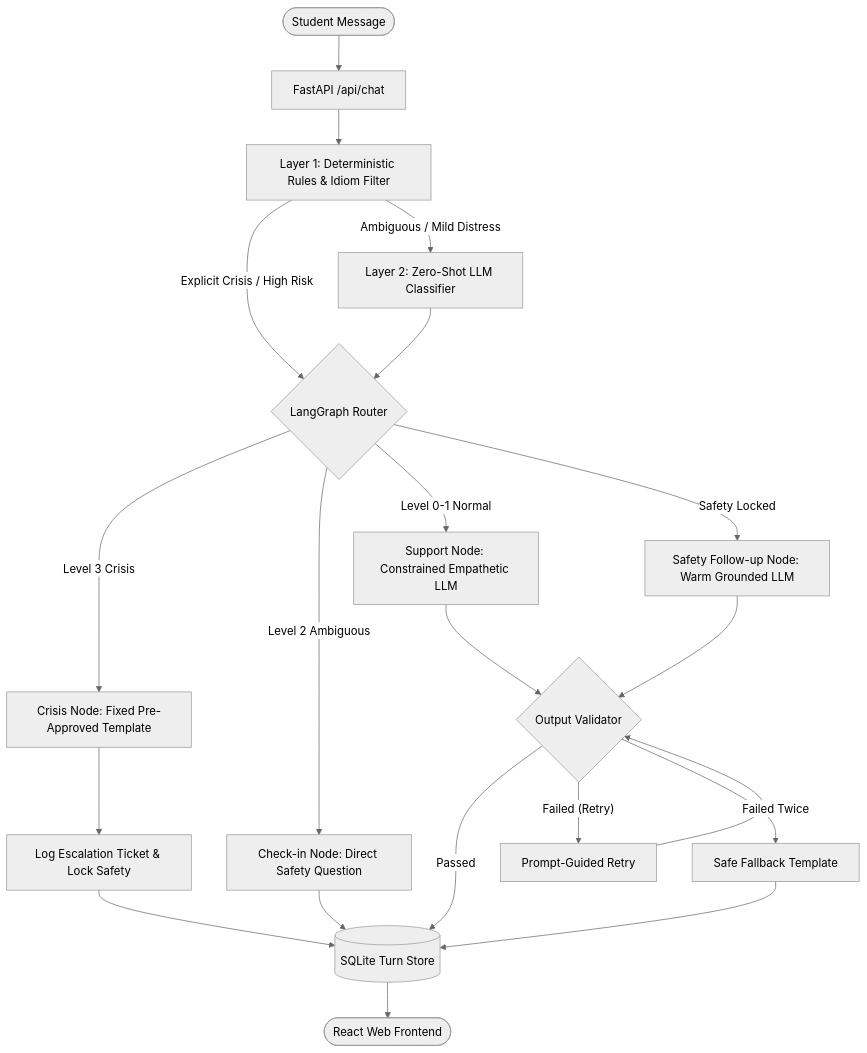
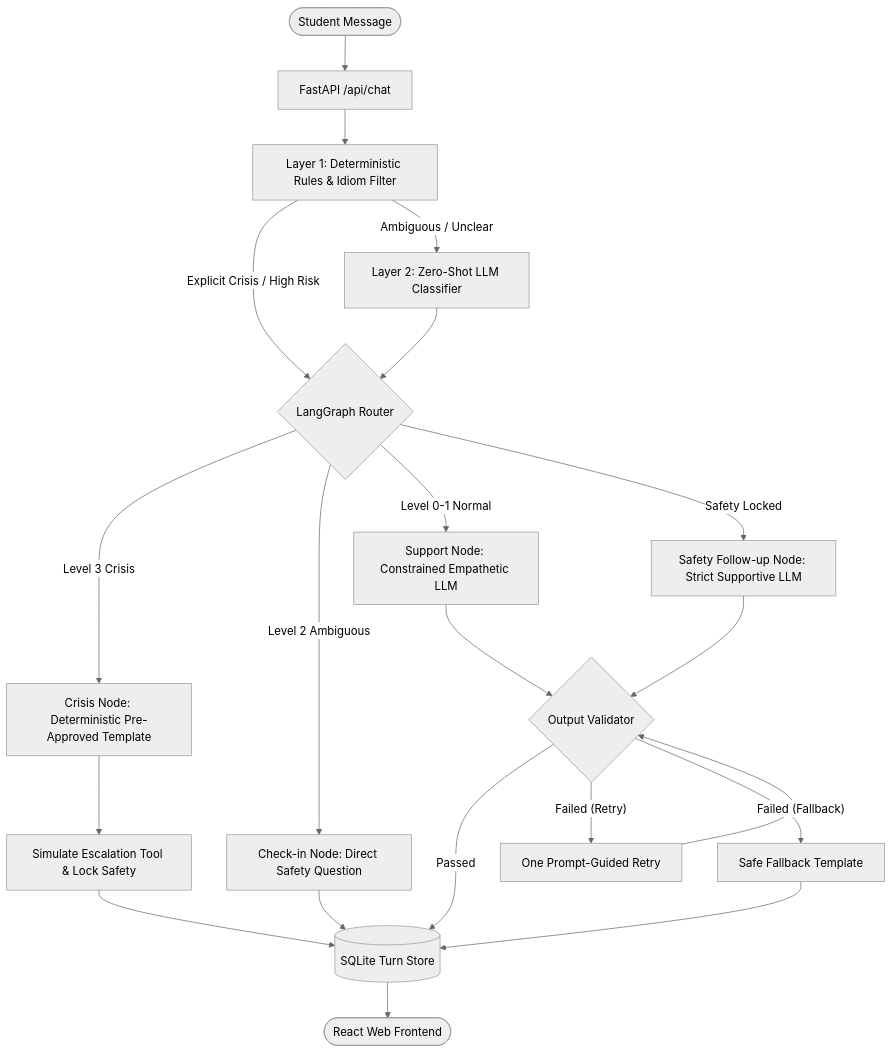
One commit to suresh4330/MannSahara changed the diagram in README.md. Above: the diagram before and after it, drawn with Mermaid (neutral theme). The commit also changed other lines of this file, not shown here.

````diff
--- a/README.md
+++ b/README.md
@@ -59,28 +115,28 @@
 ```mermaid
 flowchart TD
     User([Student Message]) --> Ingest[FastAPI /api/chat]
     Ingest --> L1[Layer 1: Deterministic Rules & Idiom Filter]
     
     L1 -- Explicit Crisis / High Risk --> Router{LangGraph Router}
-    L1 -- Ambiguous / Mild Distress --> L2[Layer 2: Zero-Shot LLM Classifier]
+    L1 -- Ambiguous / Unclear --> L2[Layer 2: Zero-Shot LLM Classifier]
     L2 --> Router
     
-    Router -- Level 3 Crisis --> CrisisNode[Crisis Node: Fixed Pre-Approved Template]
+    Router -- Level 3 Crisis --> CrisisNode[Crisis Node: Deterministic Pre-Approved Template]
     Router -- Level 2 Ambiguous --> CheckinNode[Check-in Node: Direct Safety Question]
     Router -- Level 0-1 Normal --> SupportNode[Support Node: Constrained Empathetic LLM]
-    Router -- Safety Locked --> LockedNode[Safety Follow-up Node: Warm Grounded LLM]
+    Router -- Safety Locked --> LockedNode[Safety Follow-up Node: Strict Supportive LLM]
     
     SupportNode --> Validator{Output Validator}
     LockedNode --> Validator
     
     Validator -- Passed --> DB[(SQLite Turn Store)]
-    Validator -- Failed (Retry) --> Retry[Prompt-Guided Retry]
+    Validator -- Failed (Retry) --> Retry[One Prompt-Guided Retry]
     Retry --> Validator
-    Validator -- Failed Twice --> Fallback[Safe Fallback Template]
+    Validator -- Failed (Fallback) --> Fallback[Safe Fallback Template]
     
-    CrisisNode --> Escalate[Log Escalation Ticket & Lock Safety] --> DB
+    CrisisNode --> Escalate[Simulate Escalation Tool & Lock Safety] --> DB
     CheckinNode --> DB
     Fallback --> DB
     
     DB --> UI([React Web Frontend])
 ```
````
